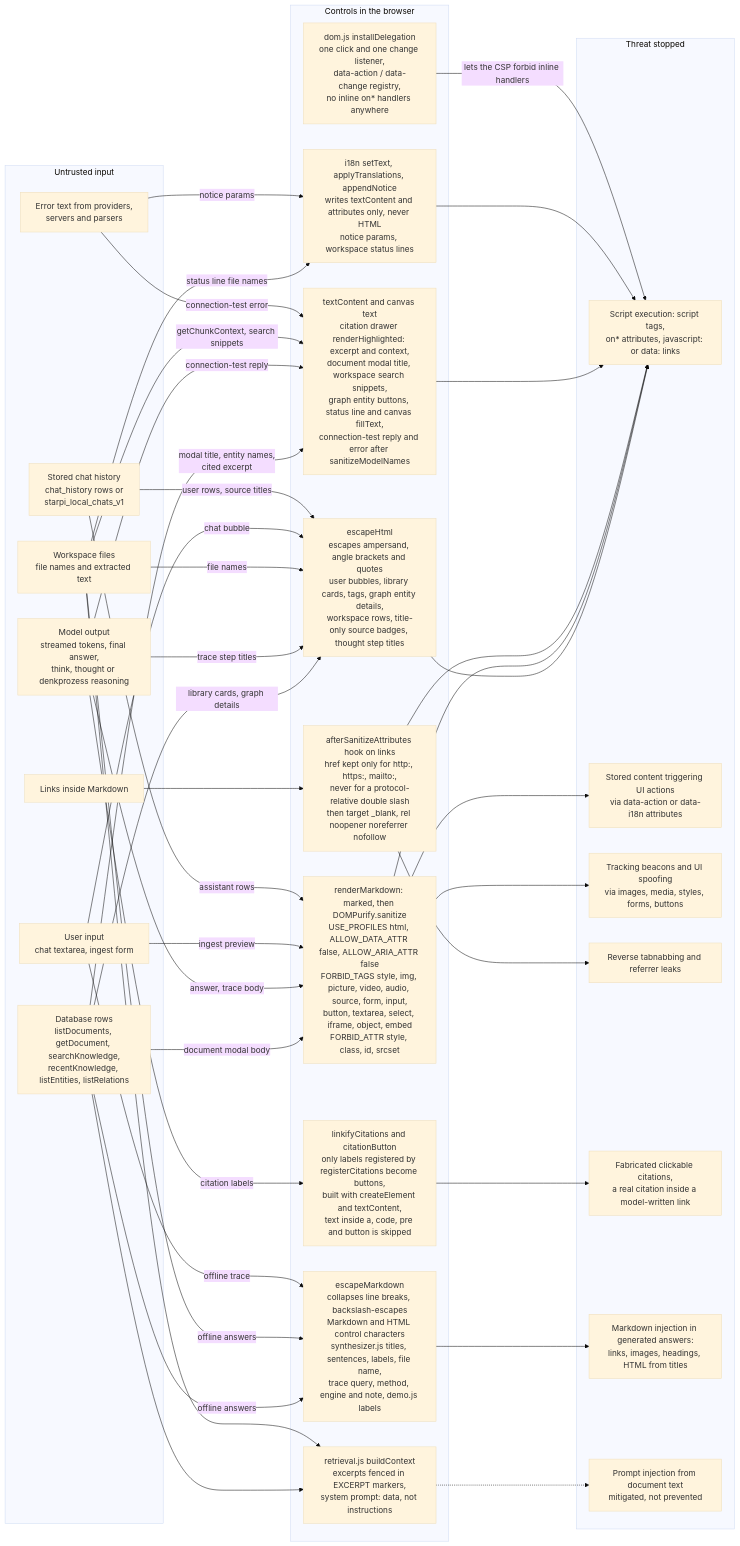
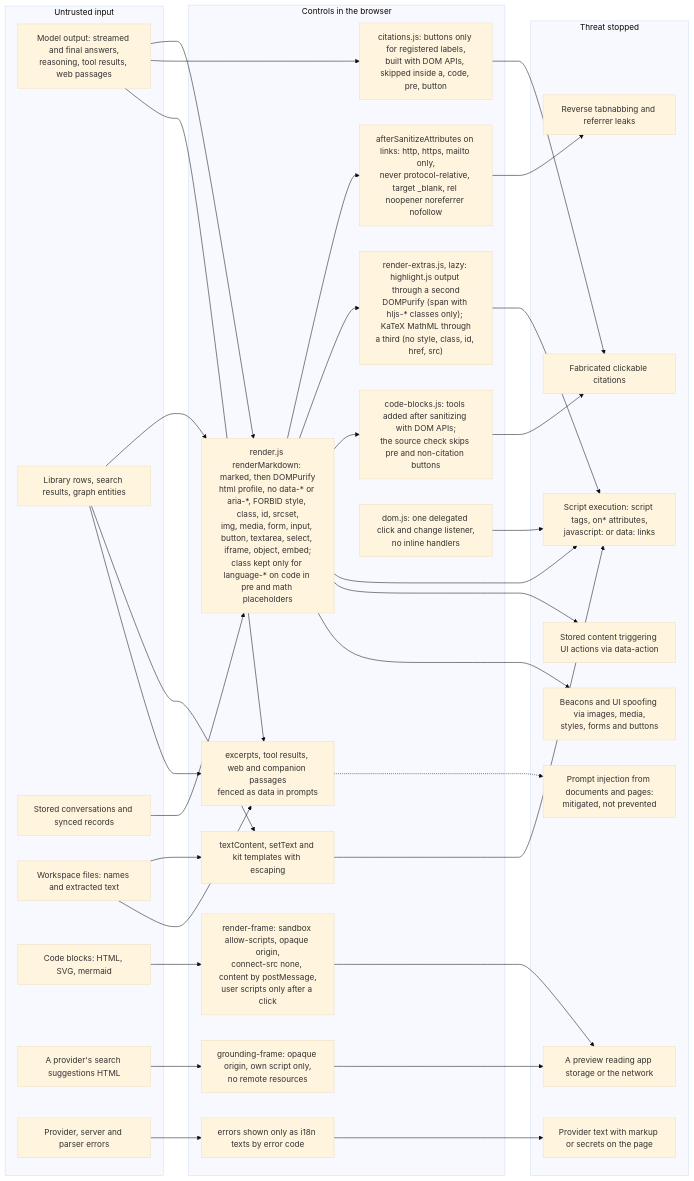
Before and after one commit to umutcantezgel-cpu/Starpi: the first of 3 diagrams in SECURITY.md, drawn with Mermaid (base theme). The commit also changed other lines of this file and 1 other file, not shown here.

First line of the commit message:
docs(atlas): security layers for 3.0: sanitizers and frames, receipt v3 signing, generated headers with isolation, signed releases

````diff
--- a/SECURITY.md
+++ b/SECURITY.md
@@ -370,70 +370,63 @@
 ```mermaid
 flowchart LR
     subgraph sg_in["Untrusted input"]
-        inDb["Database rows<br/>listDocuments, getDocument, searchKnowledge,<br/>recentKnowledge, listEntities, listRelations"]
-        inModel["Model output<br/>streamed tokens, final answer,<br/>think, thought or denkprozess reasoning"]
-        inWs["Workspace files<br/>file names and extracted text"]
-        inUser["User input<br/>chat textarea, ingest form"]
-        inHist["Stored chat history<br/>chat_history rows or<br/>starpi_local_chats_v1"]
-        inErr["Error text from providers,<br/>servers and parsers"]
-        inUrl["Links inside Markdown"]
+        inModel["Model output: streamed and final answers,<br/>reasoning, tool results, web passages"]
+        inDb["Library rows, search results, graph entities"]
+        inStore["Stored conversations and synced records"]
+        inWs["Workspace files: names and extracted text"]
+        inPrev["Code blocks: HTML, SVG, mermaid"]
+        inSugg["A provider's search suggestions HTML"]
+        inErr["Provider, server and parser errors"]
     end
-
     subgraph sg_ctl["Controls in the browser"]
-        cEsc["escapeHtml<br/>escapes ampersand, angle brackets and quotes<br/>user bubbles, library cards, tags, graph entity details,<br/>workspace rows, title-only source badges, thought step titles"]
-        cEscMd["escapeMarkdown<br/>collapses line breaks, backslash-escapes<br/>Markdown and HTML control characters<br/>synthesizer.js titles, sentences, labels, file name,<br/>trace query, method, engine and note, demo.js labels"]
-        cRender["renderMarkdown: marked, then DOMPurify.sanitize<br/>USE_PROFILES html, ALLOW_DATA_ATTR false, ALLOW_ARIA_ATTR false<br/>FORBID_TAGS style, img, picture, video, audio, source, form, input,<br/>button, textarea, select, iframe, object, embed<br/>FORBID_ATTR style, class, id, srcset"]
-        cLink["afterSanitizeAttributes hook on links<br/>href kept only for http:, https:, mailto:,<br/>never for a protocol-relative double slash<br/>then target _blank, rel noopener noreferrer nofollow"]
-        cCite["linkifyCitations and citationButton<br/>only labels registered by registerCitations become buttons,<br/>built with createElement and textContent,<br/>text inside a, code, pre and button is skipped"]
-        cText["textContent and canvas text<br/>citation drawer renderHighlighted: excerpt and context,<br/>document modal title, workspace search snippets,<br/>graph entity buttons, status line and canvas fillText,<br/>connection-test reply and error after sanitizeModelNames"]
-        cI18n["i18n setText, applyTranslations, appendNotice<br/>writes textContent and attributes only, never HTML<br/>notice params, workspace status lines"]
-        cDeleg["dom.js installDelegation<br/>one click and one change listener,<br/>data-action / data-change registry,<br/>no inline on* handlers anywhere"]
-        cFence["retrieval.js buildContext<br/>excerpts fenced in EXCERPT markers,<br/>system prompt: data, not instructions"]
+        cRender["render.js renderMarkdown: marked, then DOMPurify<br/>html profile, no data-* or aria-*, FORBID style, class, id, srcset,<br/>img, media, form, input, button, textarea, select, iframe, object, embed;<br/>class kept only for language-* on code in pre and math placeholders"]
+        cLink["afterSanitizeAttributes on links: http, https, mailto only,<br/>never protocol-relative, target _blank, rel noopener noreferrer nofollow"]
+        cExtras["render-extras.js, lazy: highlight.js output through a second<br/>DOMPurify (span with hljs-* classes only); KaTeX MathML through<br/>a third (no style, class, id, href, src)"]
+        cFrame["render-frame: sandbox allow-scripts, opaque origin,<br/>connect-src none, content by postMessage,<br/>user scripts only after a click"]
+        cGFrame["grounding-frame: opaque origin, own script only,<br/>no remote resources"]
+        cCite["citations.js: buttons only for registered labels,<br/>built with DOM APIs, skipped inside a, code, pre, button"]
+        cTools["code-blocks.js: tools added after sanitizing with DOM APIs;<br/>the source check skips pre and non-citation buttons"]
+        cText["textContent, setText and kit templates with escaping"]
+        cCodes["errors shown only as i18n texts by error code"]
+        cFence["excerpts, tool results, web and companion passages<br/>fenced as data in prompts"]
+        cDeleg["dom.js: one delegated click and change listener,<br/>no inline handlers"]
     end
-
     subgraph sg_thr["Threat stopped"]
-        tXss["Script execution: script tags,<br/>on* attributes, javascript: or data: links"]
-        tAction["Stored content triggering UI actions<br/>via data-action or data-i18n attributes"]
-        tTrack["Tracking beacons and UI spoofing<br/>via images, media, styles, forms, buttons"]
+        tXss["Script execution: script tags, on* attributes,<br/>javascript: or data: links"]
+        tAction["Stored content triggering UI actions via data-action"]
+        tTrack["Beacons and UI spoofing via images, media,<br/>styles, forms and buttons"]
         tTab["Reverse tabnabbing and referrer leaks"]
-        tFake["Fabricated clickable citations,<br/>a real citation inside a model-written link"]
-        tMdInj["Markdown injection in generated answers:<br/>links, images, headings, HTML from titles"]
-        tPrompt["Prompt injection from document text<br/>mitigated, not prevented"]
+        tFrame["A preview reading app storage or the network"]
+        tFake["Fabricated clickable citations"]
+        tProvider["Provider text with markup or secrets on the page"]
+        tPrompt["Prompt injection from documents and pages:<br/>mitigated, not prevented"]
     end
-
-    inDb -->|"library cards, graph details"| cEsc
-    inDb -->|"document modal body"| cRender
-    inDb -->|"modal title, entity names,<br/>cited excerpt"| cText
-    inDb -->|"offline answers"| cEscMd
+    inModel --> cRender
+    inDb --> cRender
+    inStore --> cRender
+    inModel --> cCite
+    inWs --> cText
+    inDb --> cText
+    inPrev --> cFrame
+    inSugg --> cGFrame
+    inErr --> cCodes
     inDb --> cFence
-    inModel -->|"answer, trace body"| cRender
-    inModel -->|"trace step titles"| cEsc
-    inModel -->|"citation labels"| cCite
-    inModel -->|"connection-test reply"| cText
-    inWs -->|"file names"| cEsc
     inWs --> cFence
-    inWs -->|"offline answers"| cEscMd
-    inWs -->|"getChunkContext, search snippets"| cText
-    inWs -->|"status line file names"| cI18n
-    inUser -->|"chat bubble"| cEsc
-    inUser -->|"ingest preview"| cRender
-    inUser -->|"offline trace"| cEscMd
-    inHist -->|"user rows, source titles"| cEsc
-    inHist -->|"assistant rows"| cRender
-    inErr -->|"notice params"| cI18n
-    inErr -->|"connection-test error"| cText
-    inUrl --> cLink
-
-    cEsc --> tXss
+    inModel --> cFence
+    cRender --> cLink
+    cRender --> cExtras
+    cRender --> cTools
     cRender --> tXss
     cRender --> tAction
     cRender --> tTrack
-    cLink --> tXss
     cLink --> tTab
+    cExtras --> tXss
+    cFrame --> tFrame
+    cGFrame --> tFrame
     cCite --> tFake
+    cTools --> tFake
     cText --> tXss
-    cI18n --> tXss
-    cDeleg -->|"lets the CSP forbid inline handlers"| tXss
-    cEscMd --> tMdInj
+    cCodes --> tProvider
+    cDeleg --> tXss
     cFence -.-> tPrompt
 ```
````
